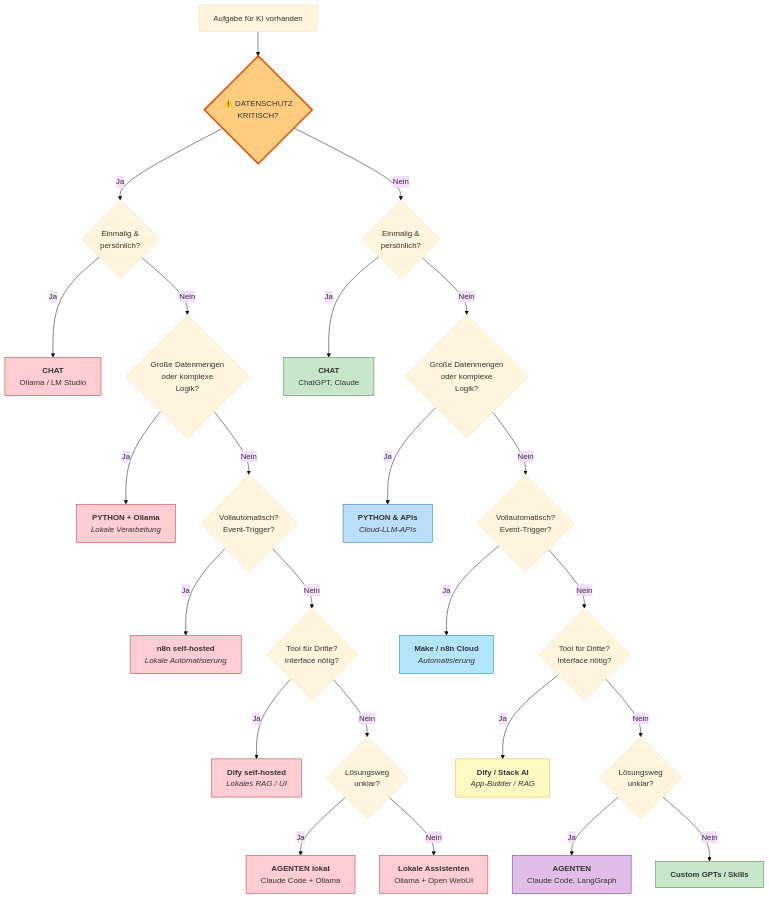
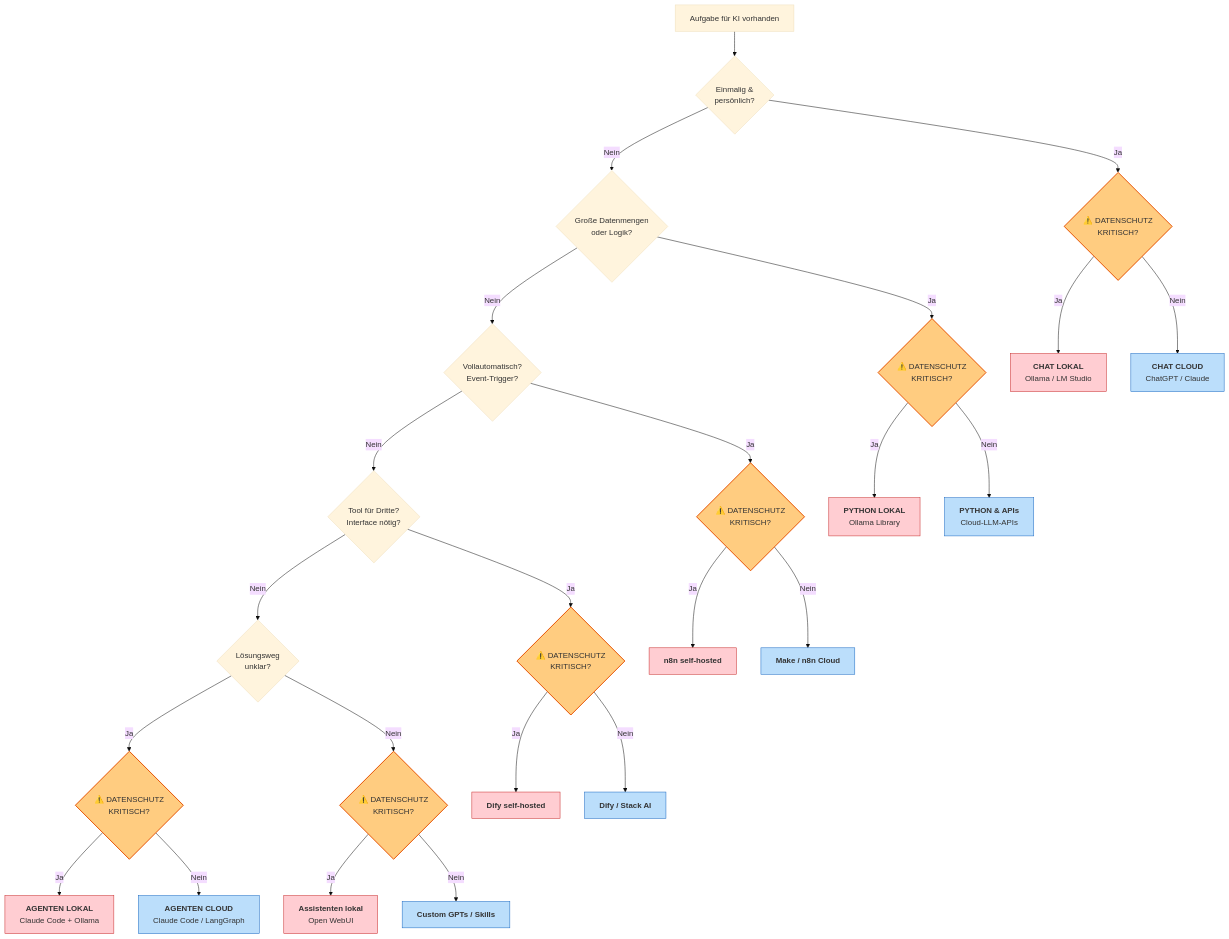
One commit to ralf-42/GenAI changed the diagram in docs/concepts/Aufgabenklassen_und_Loesungswege.md. Above: the diagram before and after it, drawn with Mermaid (base theme). The commit also changed 3 other files, not shown here.

````diff
--- a/docs/concepts/Aufgabenklassen_und_Loesungswege.md
+++ b/docs/concepts/Aufgabenklassen_und_Loesungswege.md
@@ -286,71 +286,60 @@
 ```mermaid
 graph TD
-    Start[Aufgabe für KI vorhanden] --> QData{⚠️ DATENSCHUTZ<br/>KRITISCH?}
+    Start[Aufgabe für KI vorhanden] --> Q1{Einmalig &<br/>persönlich?}
 
-    %% === DATENSCHUTZ KRITISCH (On-Premise) ===
-    QData -->|Ja| Q1a{Einmalig &<br/>persönlich?}
+    %% === FLOW: KOMPLEXITÄT ZUERST ===
+    Q1 -->|Ja| Privacy_Chat{⚠️ DATENSCHUTZ<br/>KRITISCH?}
     
-    Q1a -->|Ja| Chat_Local[<b>CHAT</b><br/>Ollama / LM Studio]
+    Q1 -->|Nein| Q2{Große Datenmengen<br/>oder Logik?}
+    Q2 -->|Ja| Privacy_Python{⚠️ DATENSCHUTZ<br/>KRITISCH?}
     
-    Q1a -->|Nein| Q2a{Große Datenmengen<br/>oder komplexe<br/>Logik?}
+    Q2 -->|Nein| Q3{Vollautomatisch?<br/>Event-Trigger?}
+    Q3 -->|Ja| Privacy_Workflow{⚠️ DATENSCHUTZ<br/>KRITISCH?}
     
-    Q2a -->|Ja| Python_Local[<b>PYTHON + Ollama</b><br/><i>Lokale Verarbeitung</i>]
+    Q3 -->|Nein| Q4{Tool für Dritte?<br/>Interface nötig?}
+    Q4 -->|Ja| Privacy_App{⚠️ DATENSCHUTZ<br/>KRITISCH?}
     
-    Q2a -->|Nein| Q3a{Vollautomatisch?<br/>Event-Trigger?}
-    
-    Q3a -->|Ja| Workflow_Local[<b>n8n self-hosted</b><br/><i>Lokale Automatisierung</i>]
-    
-    Q3a -->|Nein| Q4a{Tool für Dritte?<br/>Interface nötig?}
-    
-    Q4a -->|Ja| AppBuilder_Local[<b>Dify self-hosted</b><br/><i>Lokales RAG / UI</i>]
-    
-    Q4a -->|Nein| Q5a{Lösungsweg<br/>unklar?}
-    
-    Q5a -->|Ja| Agents_Local[<b>AGENTEN lokal</b><br/>Claude Code + Ollama]
-    
-    Q5a -->|Nein| Custom_Local[<b>Lokale Assistenten</b><br/>Ollama + Open WebUI]
+    Q4 -->|Nein| Q5{Lösungsweg<br/>unklar?}
+    Q5 -->|Ja| Privacy_Agents{⚠️ DATENSCHUTZ<br/>KRITISCH?}
+    Q5 -->|Nein| Privacy_Custom{⚠️ DATENSCHUTZ<br/>KRITISCH?}
 
-    %% === DATENSCHUTZ UNKRITISCH (Cloud) ===
-    QData -->|Nein| Q1b{Einmalig &<br/>persönlich?}
-    
-    Q1b -->|Ja| Chat_Cloud[<b>CHAT</b><br/>ChatGPT, Claude]
-    
-    Q1b -->|Nein| Q2b{Große Datenmengen<br/>oder komplexe<br/>Logik?}
-    
-    Q2b -->|Ja| Python_Cloud[<b>PYTHON & APIs</b><br/><i>Cloud-LLM-APIs</i>]
-    
-    Q2b -->|Nein| Q3b{Vollautomatisch?<br/>Event-Trigger?}
-    
-    Q3b -->|Ja| Workflow_Cloud[<b>Make / n8n Cloud</b><br/><i>Automatisierung</i>]
-    
-    Q3b -->|Nein| Q4b{Tool für Dritte?<br/>Interface nötig?}
-    
-    Q4b -->|Ja| AppBuilder_Cloud[<b>Dify / Stack AI</b><br/><i>App-Builder / RAG</i>]
-    
-    Q4b -->|Nein| Q5b{Lösungsweg<br/>unklar?}
-    
-    Q5b -->|Ja| Agents_Cloud[<b>AGENTEN</b><br/>Claude Code, LangGraph]
-    
-    Q5b -->|Nein| Custom_Cloud[<b>Custom GPTs / Skills</b>]
+    %% === FINALE ENTSCHEIDUNGEN (LEAFS) ===
+
+    %% Chat
+    Privacy_Chat -->|Ja| Chat_Local[<b>CHAT LOKAL</b><br/>Ollama / LM Studio]
+    Privacy_Chat -->|Nein| Chat_Cloud[<b>CHAT CLOUD</b><br/>ChatGPT / Claude]
+
+    %% Python
+    Privacy_Python -->|Ja| Python_Local[<b>PYTHON LOKAL</b><br/>Ollama Library]
+    Privacy_Python -->|Nein| Python_Cloud[<b>PYTHON & APIs</b><br/>Cloud-LLM-APIs]
+
+    %% Workflow
+    Privacy_Workflow -->|Ja| Workflow_Local[<b>n8n self-hosted</b>]
+    Privacy_Workflow -->|Nein| Workflow_Cloud[<b>Make / n8n Cloud</b>]
+
+    %% App Builder
+    Privacy_App -->|Ja| AppBuilder_Local[<b>Dify self-hosted</b>]
+    Privacy_App -->|Nein| AppBuilder_Cloud[<b>Dify / Stack AI</b>]
+
+    %% Agents
+    Privacy_Agents -->|Ja| Agents_Local[<b>AGENTEN LOKAL</b><br/>Claude Code + Ollama]
+    Privacy_Agents -->|Nein| Agents_Cloud[<b>AGENTEN CLOUD</b><br/>Claude Code / LangGraph]
+
+    %% Custom
+    Privacy_Custom -->|Ja| Custom_Local[<b>Assistenten lokal</b><br/>Open WebUI]
+    Privacy_Custom -->|Nein| Custom_Cloud[<b>Custom GPTs / Skills</b>]
 
     %% === STYLING ===
     
     %% Datenschutz-Knoten (Orange)
-    style QData fill:#ffcc80,stroke:#e65100,stroke-width:3px
-    
-    %% On-Premise Pfad (Rot-Töne)
-    style Chat_Local fill:#ffcdd2,stroke:#c62828
-    style Python_Local fill:#ffcdd2,stroke:#c62828
-    style Workflow_Local fill:#ffcdd2,stroke:#c62828
-    style AppBuilder_Local fill:#ffcdd2,stroke:#c62828
-    style Agents_Local fill:#ffcdd2,stroke:#c62828
-    style Custom_Local fill:#ffcdd2,stroke:#c62828
-    
-    %% Cloud Pfad (Blau/Grün-Töne)
-    style Chat_Cloud fill:#c8e6c9,stroke:#2e7d32
-    style Python_Cloud fill:#bbdefb,stroke:#1565c0
-    style Workflow_Cloud fill:#b3e5fc,stroke:#0277bd
-    style AppBuilder_Cloud fill:#fff9c4,stroke:#f9a825
-    style Agents_Cloud fill:#e1bee7,stroke:#7b1fa2
-    style Custom_Cloud fill:#c8e6c9,stroke:#2e7d32
+    classDef privacy fill:#ffcc80,stroke:#e65100,stroke-width:2px
+    class Privacy_Chat,Privacy_Python,Privacy_Workflow,Privacy_App,Privacy_Agents,Privacy_Custom privacy
+
+    %% Lokale Lösungen (Rot)
+    classDef local fill:#ffcdd2,stroke:#c62828
+    class Chat_Local,Python_Local,Workflow_Local,AppBuilder_Local,Agents_Local,Custom_Local local
+
+    %% Cloud Lösungen (Blau)
+    classDef cloud fill:#bbdefb,stroke:#1565c0
+    class Chat_Cloud,Python_Cloud,Workflow_Cloud,AppBuilder_Cloud,Agents_Cloud,Custom_Cloud cloud
 ```
````
